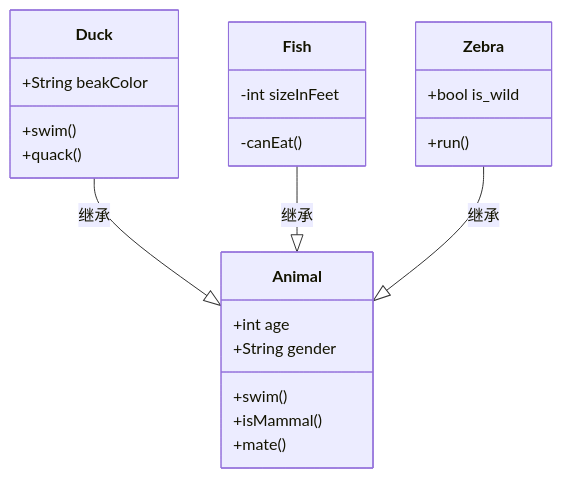
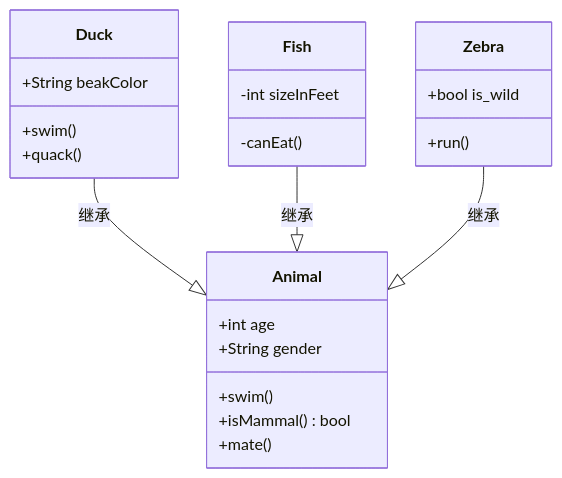
One commit to strongercjd/study_note changed the ninth of 9 diagrams in 00-C++/04-设计模式/readme.md. Above: the diagram before and after it, drawn with Mermaid. The commit also changed other lines of this file and 3 other files, not shown here.

````diff
--- a/00-C++/04-设计模式/readme.md
+++ b/00-C++/04-设计模式/readme.md
@@ -125,29 +156,29 @@
 ```mermaid
 classDiagram
     %%鸭子
     Duck --|> Animal  :继承
     Fish --|> Animal  :继承
     %%斑马
     Zebra --|> Animal  :继承
 
     class Animal{
         +int age
         +String gender
         +swim()
-        +isMammal()
+        +isMammal() bool
         +mate()
     }
     class Duck{
         +String beakColor
         +swim()
         +quack()
     }
     class Fish{
         -int sizeInFeet
         -canEat()
     }
     class Zebra{
         +bool is_wild
         +run()
     }
 ```
````
